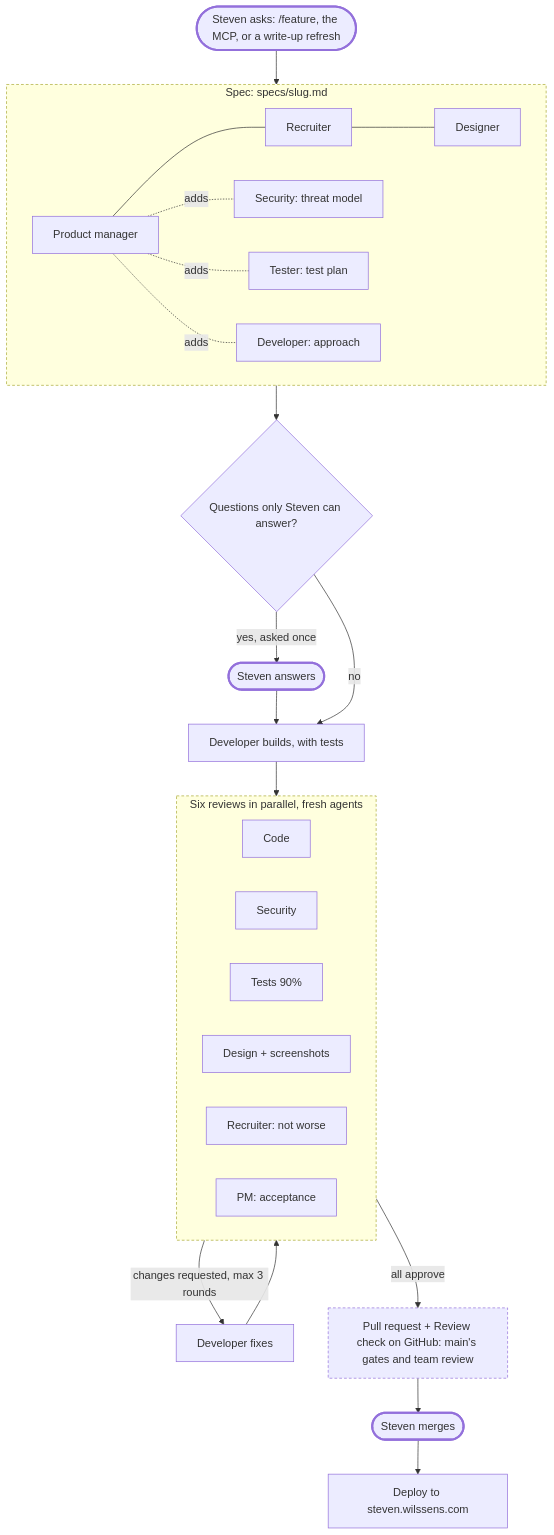
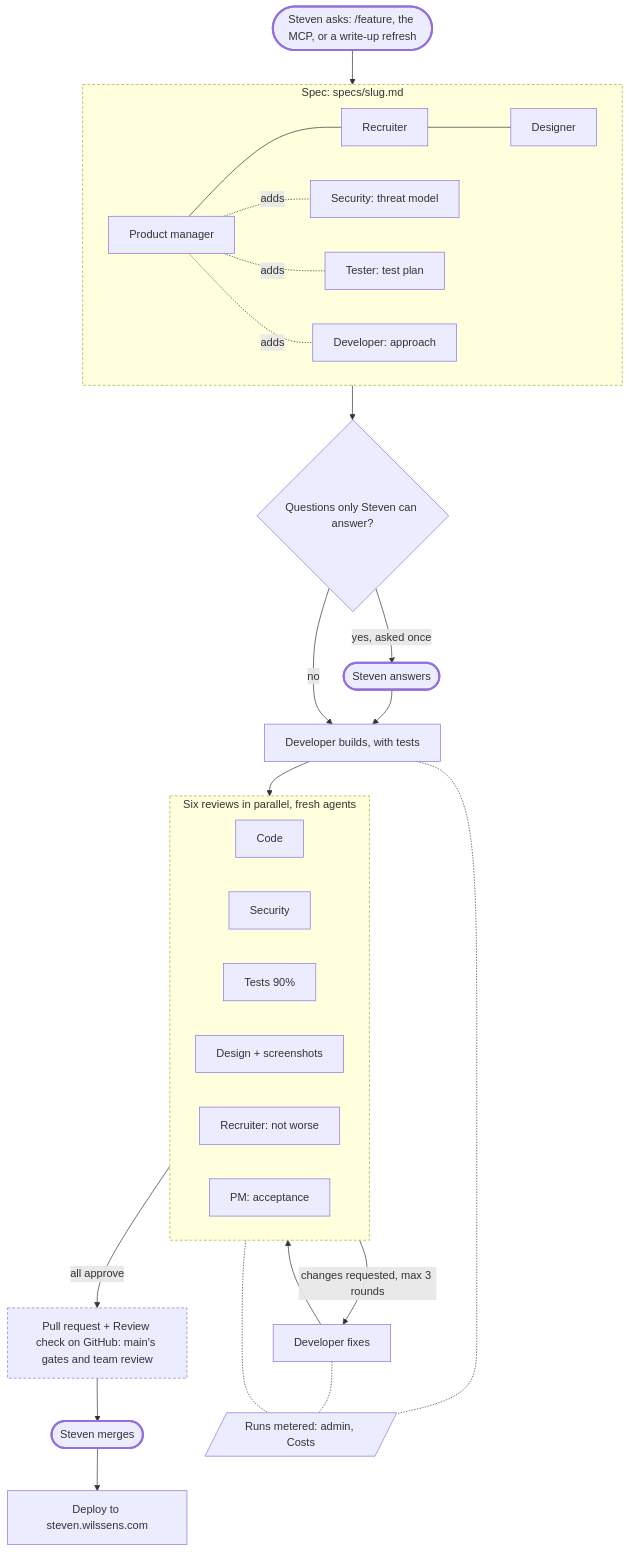
One commit to stewils/stevenwilssens.com changed the diagram in .claude/team.md. Above: the diagram before and after it, drawn with Mermaid. The commit also changed other lines of this file and 75 other files, not shown here.

First line of the commit message:
Costs: the admin shows what each change cost to build with Claude

````diff
--- a/.claude/team.md
+++ b/.claude/team.md
@@ -23,33 +23,37 @@
 ```mermaid
 flowchart TD
   ask([Steven asks: /feature, the MCP, or a write-up refresh]) --> spec
   subgraph spec [Spec: specs/slug.md]
     pm[Product manager] --- rec[Recruiter] --- des[Designer]
     pm -.adds.- sec[Security: threat model] & tst[Tester: test plan] & dev0[Developer: approach]
   end
   spec --> q{Questions only Steven can answer?}
   q -- yes, asked once --> steven1([Steven answers]) --> build
   q -- no --> build
   build[Developer builds, with tests] --> reviews
   subgraph reviews [Six reviews in parallel, fresh agents]
     r1[Code] & r2[Security] & r3[Tests 90%] & r4[Design + screenshots] & r5[Recruiter: not worse] & r6[PM: acceptance]
   end
   reviews -- changes requested, max 3 rounds --> fix[Developer fixes] --> reviews
   reviews -- all approve --> pr[Pull request + Review check on GitHub: main's gates and team review]
   pr --> merge([Steven merges]) --> deploy[Deploy to steven.wilssens.com]
+  meter[/Runs metered: admin, Costs/]
+  build -.- meter
+  reviews -.- meter
+  fix -.- meter
   classDef you stroke-width:3px
   classDef gate stroke-dasharray:4 3
   class ask,steven1,merge you
   class spec,reviews,pr gate
   %% The admin's Team page draws this chart (scripts/team-manifest.mjs): every numbered step
   %% below is tied to its node; "you" is where Steven decides, "gate" where a change stops until it passes.
   %% step 1: ask
   %% step 2: spec
   %% step 3: q
   %% step 4: spec
   %% step 5: build
   %% step 6: reviews
   %% step 7: fix
   %% step 8: pr
   %% step 9: merge
 ```
````
